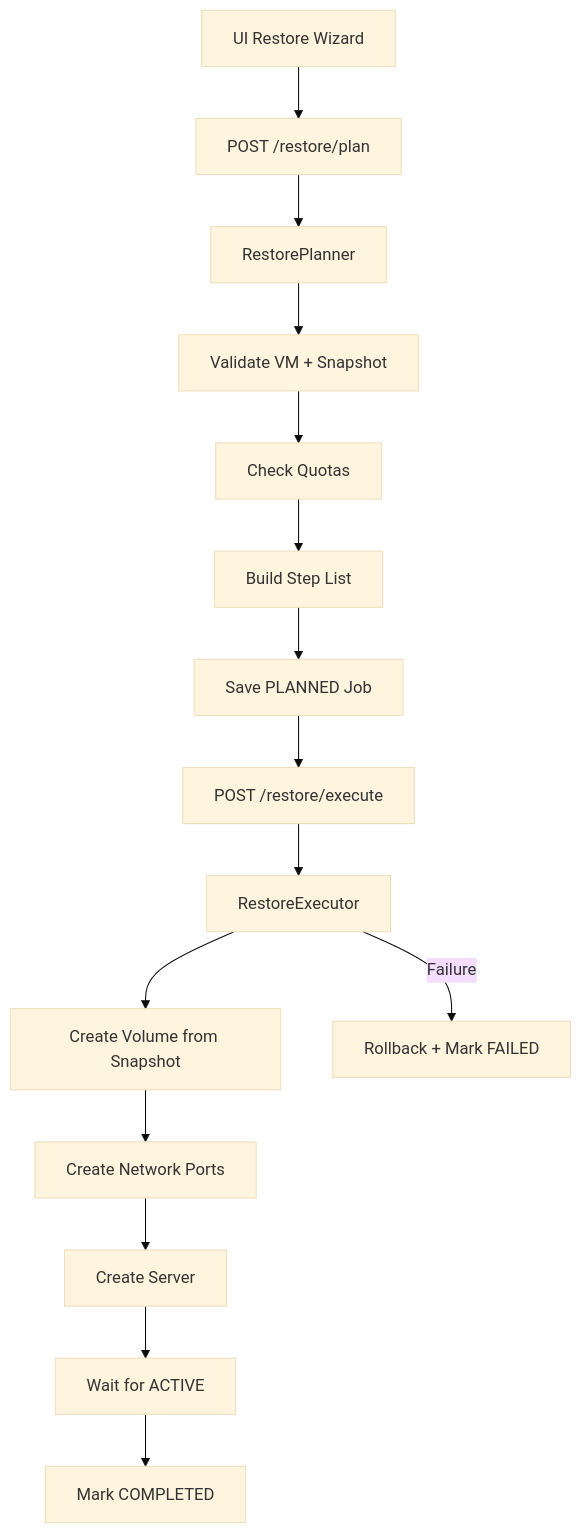
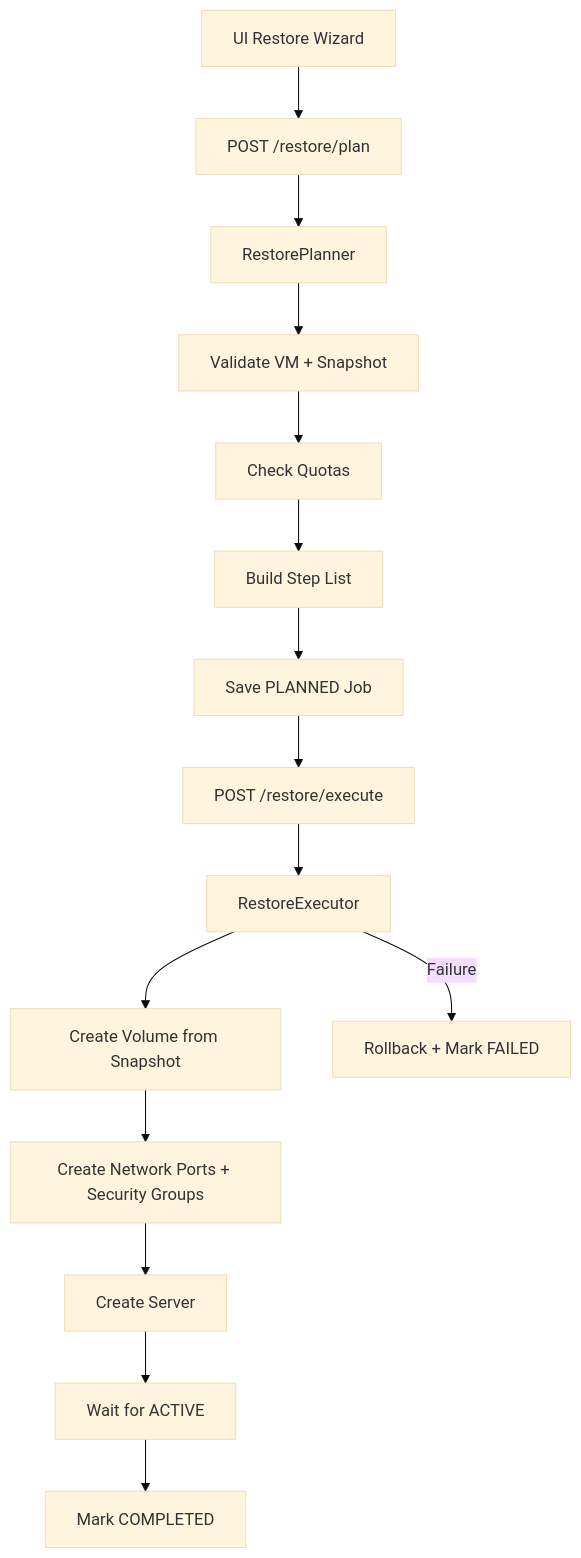
Before and after one commit to erezrozenbaum/pf9-mngt: the fourth of 4 diagrams in docs/ARCHITECTURE.md, drawn with Mermaid (base theme). The commit also changed other lines of this file and 21 other files, not shown here.

First line of the commit message:
feat: security groups full-stack, human-readable rules, restore storage cleanup, breadcrumb fix

````diff
--- a/docs/ARCHITECTURE.md
+++ b/docs/ARCHITECTURE.md
@@ -438,17 +445,17 @@
 ```mermaid
 graph TD
     A[UI Restore Wizard] --> B[POST /restore/plan]
     B --> C[RestorePlanner]
     C --> D[Validate VM + Snapshot]
     D --> E[Check Quotas]
     E --> F[Build Step List]
     F --> G[Save PLANNED Job]
     G --> H[POST /restore/execute]
     H --> I[RestoreExecutor]
     I --> J[Create Volume from Snapshot]
-    J --> K[Create Network Ports]
+    J --> K[Create Network Ports + Security Groups]
     K --> L[Create Server]
     L --> M[Wait for ACTIVE]
     M --> N[Mark COMPLETED]
     I -->|Failure| O[Rollback + Mark FAILED]
 ```
````
